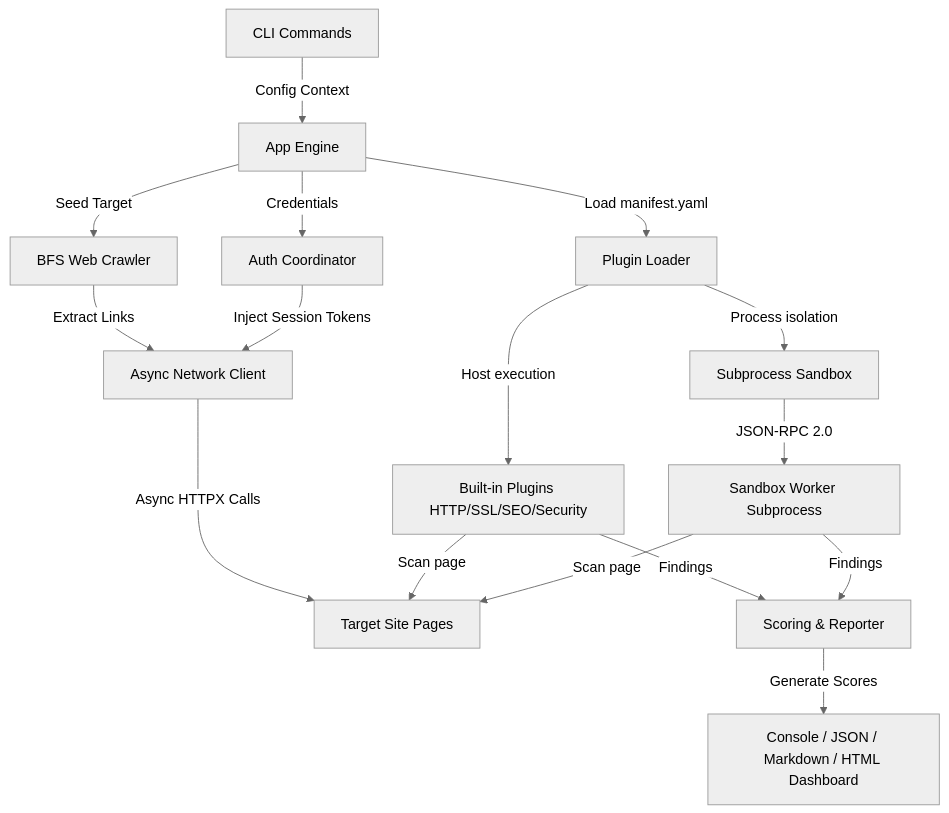
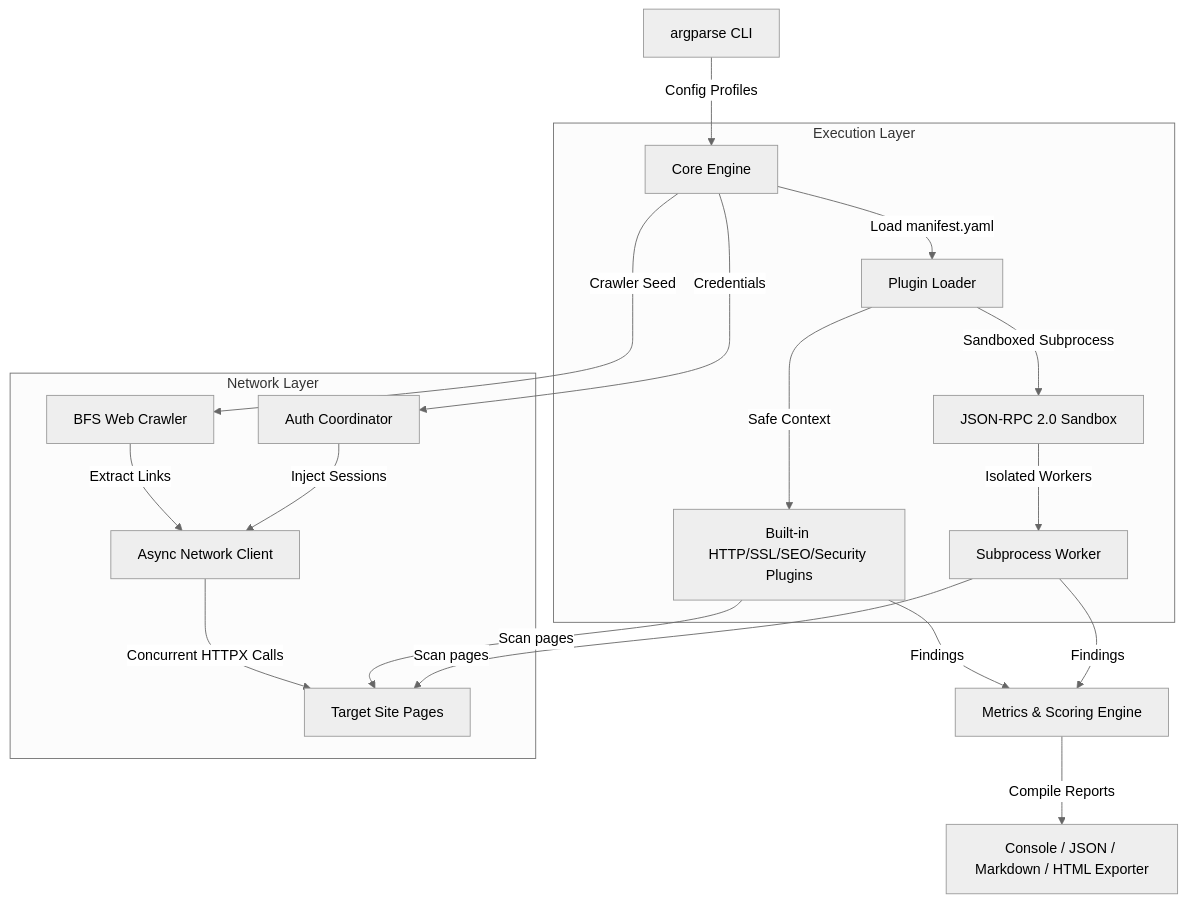
The diagram in README.md (userlethekhoi/webpulse-audit), drawn with Mermaid (neutral theme) before and after one commit. The commit also changed other lines of this file, not shown here.

````diff
--- a/README.md
+++ b/README.md
@@ -34,18 +46,26 @@
 ```mermaid
 graph TD
-    CLI[CLI Commands] -->|Config Context| Engine[App Engine]
-    Engine -->|Seed Target| Crawler[BFS Web Crawler]
+    CLI[argparse CLI] -->|Config Profiles| Engine[Core Engine]
+    Engine -->|Crawler Seed| Crawler[BFS Web Crawler]
     Engine -->|Credentials| Auth[Auth Coordinator]
-    Crawler -->|Extract Links| Client[Async Network Client]
-    Auth -->|Inject Session Tokens| Client
-    Client -->|Async HTTPX Calls| Target[Target Site Pages]
-    Engine -->|Load manifest.yaml| Loader[Plugin Loader]
-    Loader -->|Host execution| CorePlugins[Built-in Plugins HTTP/SSL/SEO/Security]
-    Loader -->|Process isolation| Sandbox[Subprocess Sandbox]
-    Sandbox -->|JSON-RPC 2.0| Worker[Sandbox Worker Subprocess]
-    CorePlugins -->|Scan page| Target
-    Worker -->|Scan page| Target
-    CorePlugins -->|Findings| Reporter[Scoring & Reporter]
+    
+    subgraph Network Layer
+        Crawler -->|Extract Links| Client[Async Network Client]
+        Auth -->|Inject Sessions| Client
+        Client -->|Concurrent HTTPX Calls| Target[Target Site Pages]
+    end
+    
+    subgraph Execution Layer
+        Engine -->|Load manifest.yaml| Loader[Plugin Loader]
+        Loader -->|Safe Context| CorePlugins[Built-in HTTP/SSL/SEO/Security Plugins]
+        Loader -->|Sandboxed Subprocess| Sandbox[JSON-RPC 2.0 Sandbox]
+        Sandbox -->|Isolated Workers| Worker[Subprocess Worker]
+    end
+
+    CorePlugins -->|Scan pages| Target
+    Worker -->|Scan pages| Target
+    
+    CorePlugins -->|Findings| Reporter[Metrics & Scoring Engine]
     Worker -->|Findings| Reporter
-    Reporter -->|Generate Scores| Outputs[Console / JSON / Markdown / HTML Dashboard]
+    Reporter -->|Compile Reports| Outputs[Console / JSON / Markdown / HTML Exporter]
 ```
````
